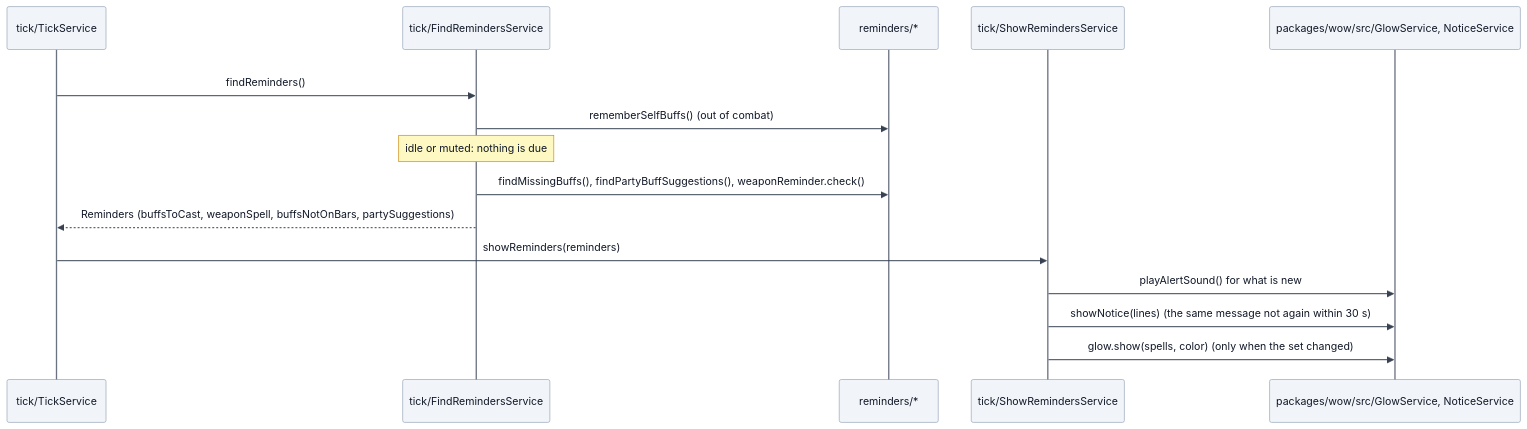
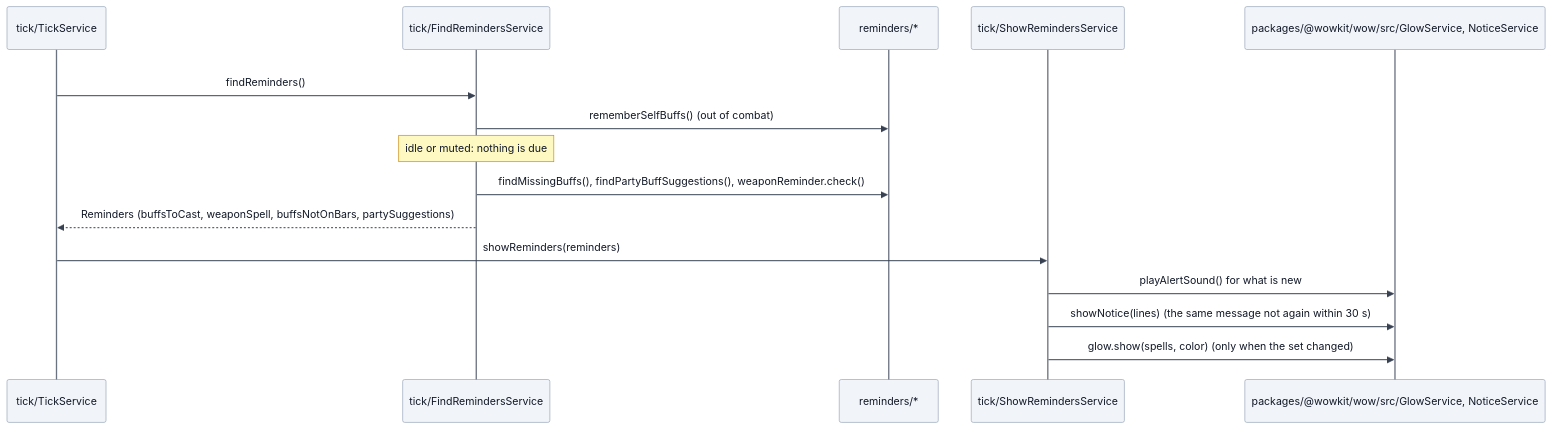
One commit to vattiss/wowkit changed the ninth of 9 diagrams in docs/architecture.md. Above: the diagram before and after it, drawn with Mermaid. The commit also changed other lines of this file and 205 other files, not shown here.

First line of the commit message:
refactor: make wow a pure facade, and add wow-data, shared and the wowkit-check addon

````diff
--- a/docs/architecture.md
+++ b/docs/architecture.md
@@ -380,21 +435,21 @@
 ```mermaid
 %%{init: {"theme":"base","themeVariables":{"background":"#ffffff","lineColor":"#6b7280","textColor":"#111827","primaryColor":"#f1f5f9","primaryTextColor":"#111827","primaryBorderColor":"#94a3b8","secondaryColor":"#e2e8f0","tertiaryColor":"#ffffff","mainBkg":"#f1f5f9","nodeBorder":"#94a3b8","nodeTextColor":"#111827","titleColor":"#111827","edgeLabelBackground":"#ffffff","labelBackground":"#ffffff","labelTextColor":"#111827","clusterBkg":"#ffffff","clusterBorder":"#d1d5db","classText":"#111827","actorBkg":"#f1f5f9","actorTextColor":"#111827","actorBorder":"#94a3b8","actorLineColor":"#6b7280","signalColor":"#374151","signalTextColor":"#111827","noteBkgColor":"#fef9c3","noteTextColor":"#111827","noteBorderColor":"#ca8a04"}}}%%
 sequenceDiagram
     participant Tick as tick/TickService
     participant Find as tick/FindRemindersService
     participant Logic as reminders/*
     participant Show as tick/ShowRemindersService
-    participant Screen as packages/wow/src/GlowService, NoticeService
+    participant Screen as packages/@wowkit/wow/src/GlowService, NoticeService
 
     rect rgb(255, 255, 255)
         Tick->>Find: findReminders()
         Find->>Logic: rememberSelfBuffs() (out of combat)
         Note over Find: idle or muted: nothing is due
         Find->>Logic: findMissingBuffs(), findPartyBuffSuggestions(), weaponReminder.check()
         Find-->>Tick: Reminders (buffsToCast, weaponSpell, buffsNotOnBars, partySuggestions)
         Tick->>Show: showReminders(reminders)
         Show->>Screen: playAlertSound() for what is new
         Show->>Screen: showNotice(lines) (the same message not again within 30 s)
         Show->>Screen: glow.show(spells, color) (only when the set changed)
     end
 ```
````
